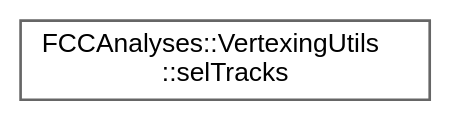
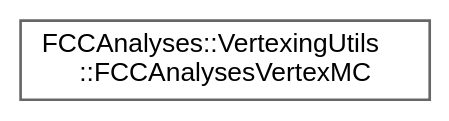
The diagram in doc/latest/inherit_graph_70.dot (HEP-FCC/FCCAnalyses), drawn with Graphviz before and after one commit. The commit also changed 173 other files, not shown here.

```diff
--- a/doc/latest/inherit_graph_70.dot
+++ b/doc/latest/inherit_graph_70.dot
@@ -1,9 +1,9 @@
 digraph "Graphical Class Hierarchy"
 {
  // LATEX_PDF_SIZE
   bgcolor="transparent";
   edge [fontname=Helvetica,fontsize=10,labelfontname=Helvetica,labelfontsize=10];
   node [fontname=Helvetica,fontsize=10,shape=box,height=0.2,width=0.4];
   rankdir="LR";
-  Node0 [id="Node000000",label="FCCAnalyses::VertexingUtils\l::selTracks",height=0.2,width=0.4,color="grey40", fillcolor="white", style="filled",URL="$structFCCAnalyses_1_1VertexingUtils_1_1selTracks.html",tooltip="Selection of particles based on the d0 / z0 significances of the associated track."];
+  Node0 [id="Node000000",label="FCCAnalyses::VertexingUtils\l::FCCAnalysesVertexMC",height=0.2,width=0.4,color="grey40", fillcolor="white", style="filled",URL="$structFCCAnalyses_1_1VertexingUtils_1_1FCCAnalysesVertexMC.html",tooltip="Structure to keep useful track information that is related to the vertex."];
 }
```
